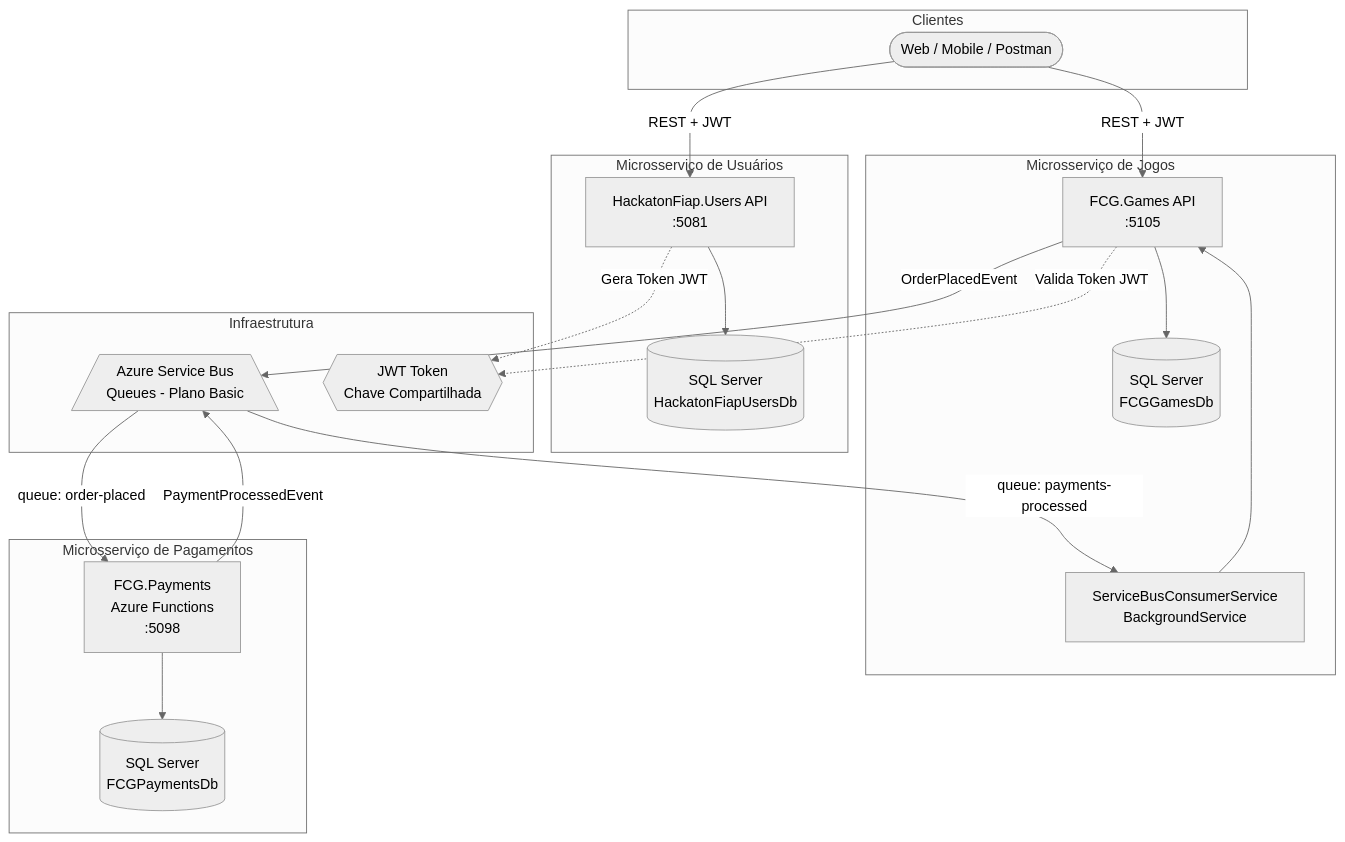
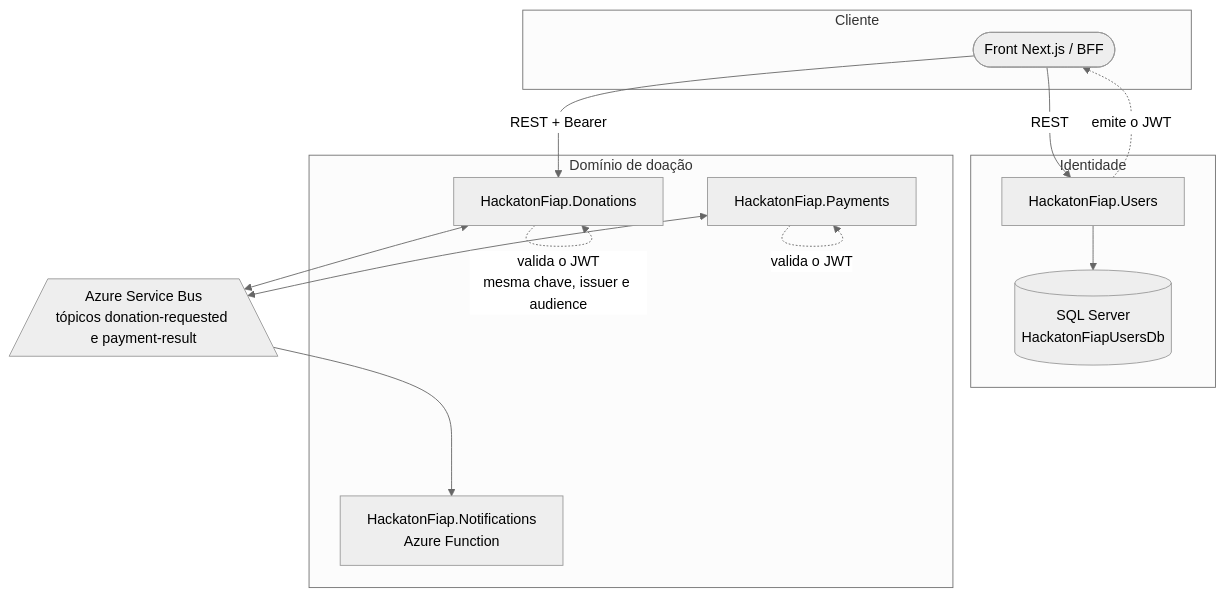
The first of 3 diagrams in docs/ARCHITECTURE.md (GabrielVeridico/hackaton-fiap-users), drawn with Mermaid (neutral theme) before and after one commit. The commit also changed other lines of this file and 3 other files, not shown here.

First line of the commit message:
docs: revisa README e ARCHITECTURE; remove lixo versionado

````diff
--- a/docs/ARCHITECTURE.md
+++ b/docs/ARCHITECTURE.md
@@ -9,43 +9,31 @@
 ```mermaid
 graph TB
-    subgraph "Clientes"
-        WEB([Web / Mobile / Postman])
+    subgraph Cliente
+        WEB([Front Next.js / BFF])
     end
 
-    subgraph "Microsserviço de Usuários"
-        UAPI[HackatonFiap.Users API<br/>:5081]
+    subgraph "Identidade"
+        UAPI[HackatonFiap.Users]
         UDB[(SQL Server<br/>HackatonFiapUsersDb)]
     end
 
-    subgraph "Microsserviço de Jogos"
-        GAPI[FCG.Games API<br/>:5105]
-        GDB[(SQL Server<br/>FCGGamesDb)]
-        GCON[ServiceBusConsumerService<br/>BackgroundService]
+    subgraph "Domínio de doação"
+        DAPI[HackatonFiap.Donations]
+        PAPI[HackatonFiap.Payments]
+        NFUNC[HackatonFiap.Notifications<br/>Azure Function]
     end
 
-    subgraph "Microsserviço de Pagamentos"
-        PFUNC[FCG.Payments<br/>Azure Functions<br/>:5098]
-        PDB[(SQL Server<br/>FCGPaymentsDb)]
-    end
+    SB[/Azure Service Bus<br/>tópicos donation-requested e payment-result\]
 
-    subgraph "Infraestrutura"
-        SB[/Azure Service Bus<br/>Queues - Plano Basic\]
-        JWT{{JWT Token<br/>Chave Compartilhada}}
-    end
+    WEB -->|REST| UAPI
+    WEB -->|REST + Bearer| DAPI
+    UAPI --> UDB
 
-    WEB -->|REST + JWT| UAPI
-    WEB -->|REST + JWT| GAPI
+    UAPI -.->|emite o JWT| WEB
+    DAPI -.->|valida o JWT<br/>mesma chave, issuer e audience| DAPI
+    PAPI -.->|valida o JWT| PAPI
 
-    UAPI --> UDB
-    GAPI --> GDB
-    PFUNC --> PDB
-
-    UAPI -.->|Gera Token JWT| JWT
-    GAPI -.->|Valida Token JWT| JWT
-
-    GAPI -->|OrderPlacedEvent| SB
-    SB -->|queue: order-placed| PFUNC
-    PFUNC -->|PaymentProcessedEvent| SB
-    SB -->|queue: payments-processed| GCON
-    GCON --> GAPI
+    DAPI <--> SB
+    PAPI <--> SB
+    SB --> NFUNC
 ```
````
